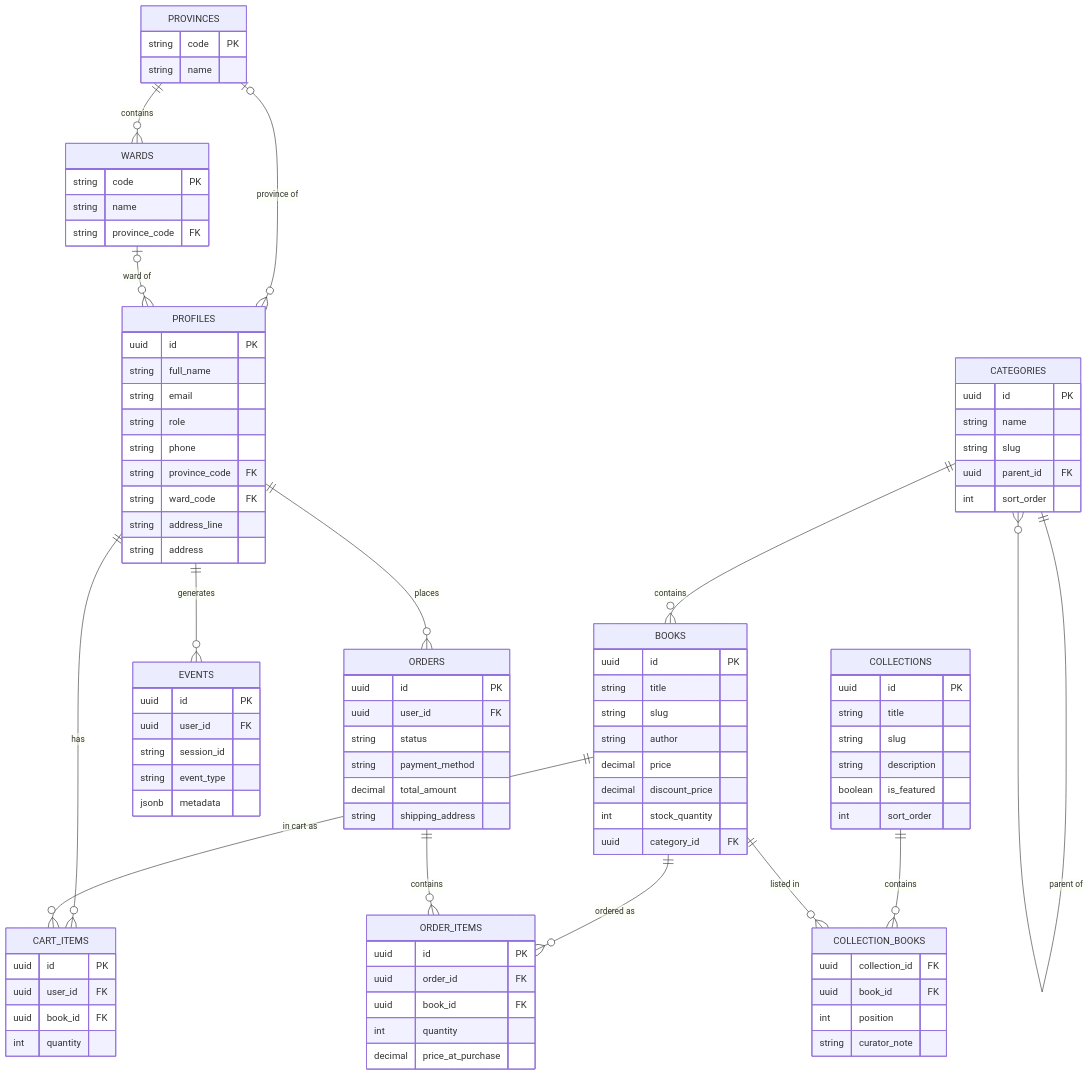
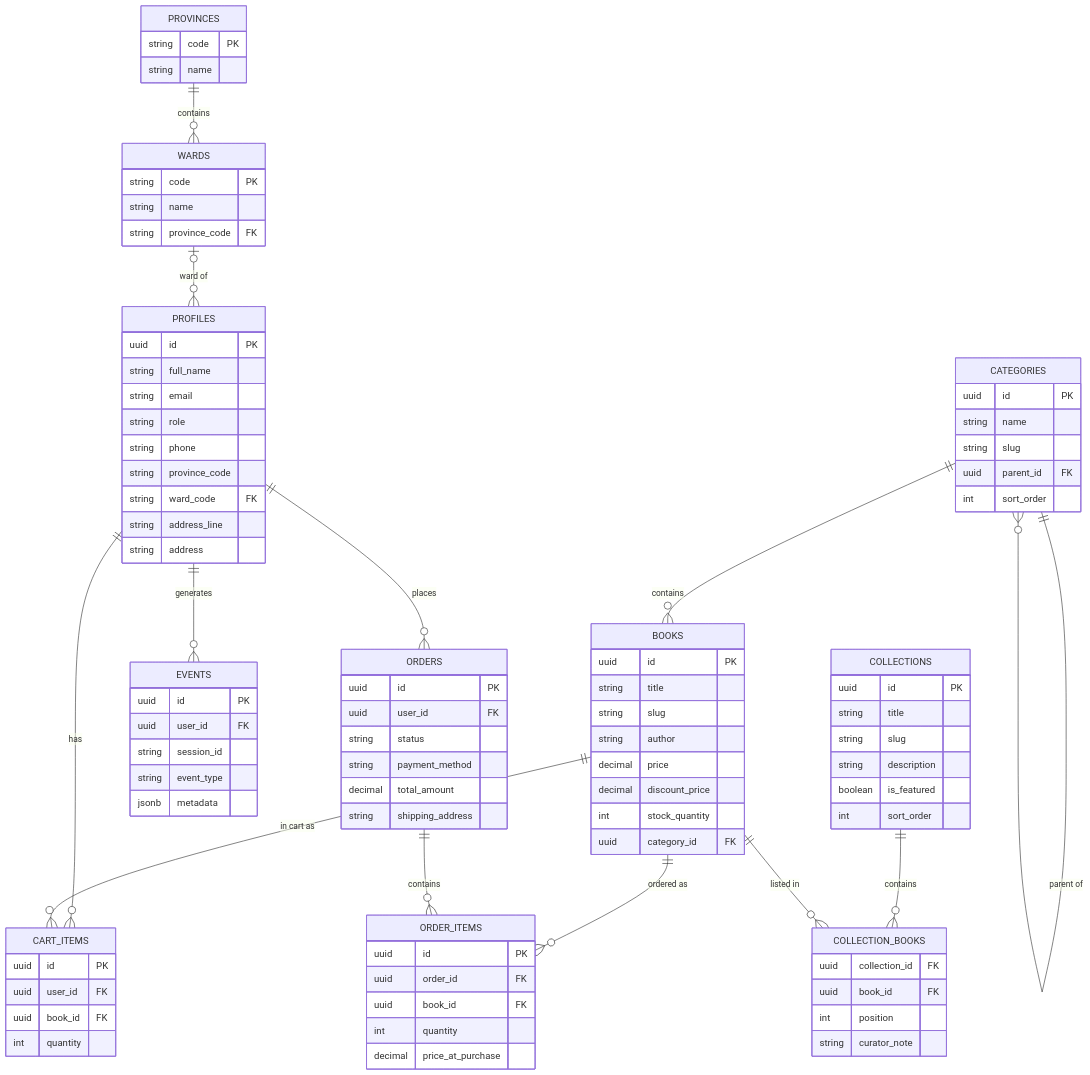
Before and after one commit to ducle20052205/book-store-website: the first of 3 diagrams in docs/SRS.md, drawn with Mermaid. The commit also changed other lines of this file and 1 other file, not shown here.

Commit message:
docs: dong bo email hai chieu, sua ER va FR-4.2

```diff
--- a/docs/SRS.md
+++ b/docs/SRS.md
@@ -61,7 +61,6 @@
     COLLECTIONS ||--o{ COLLECTION_BOOKS : contains
     BOOKS ||--o{ COLLECTION_BOOKS : "listed in"
     PROVINCES ||--o{ WARDS : contains
-    PROVINCES |o--o{ PROFILES : "province of"
     WARDS |o--o{ PROFILES : "ward of"
 
     PROFILES {
@@ -70,7 +69,7 @@
         string email
         string role
         string phone
-        string province_code FK
+        string province_code
         string ward_code FK
         string address_line
         string address
```
